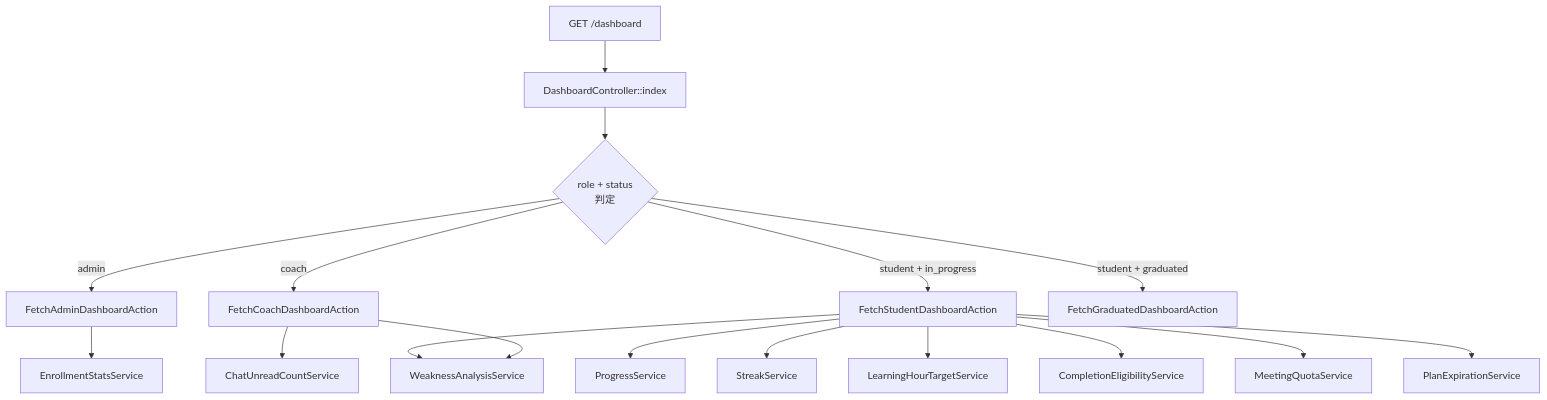
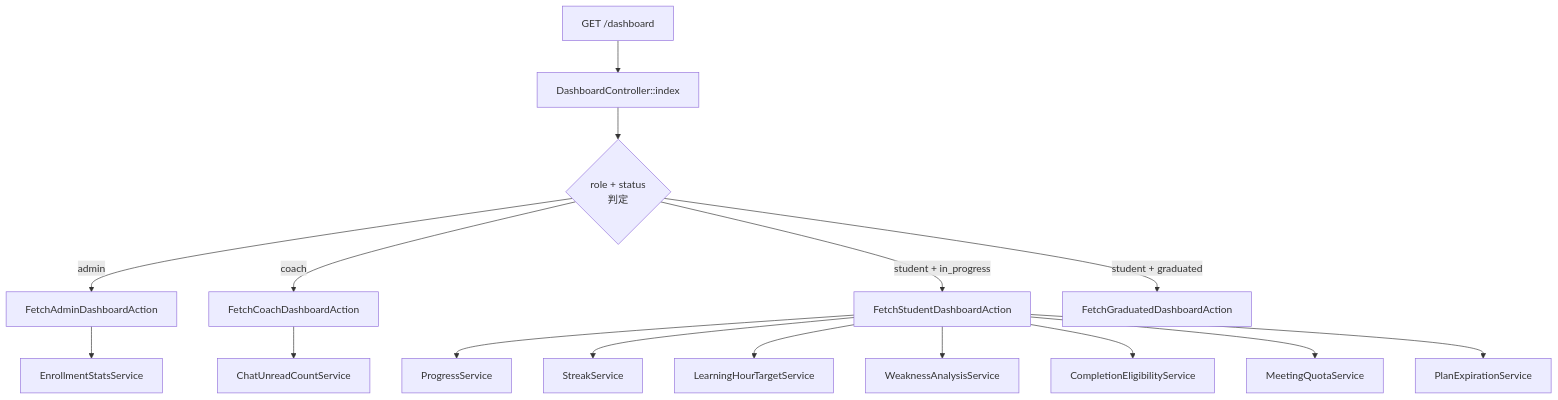
One commit to coachtech-mockcase-second/ExampleAnswer-mockcase-CertifyLMS changed the first of 3 diagrams in docs/specs/dashboard/design.md. Above: the diagram before and after it, drawn with Mermaid. The commit also changed other lines of this file and 249 other files, not shown here.

````diff
--- a/docs/specs/dashboard/design.md
+++ b/docs/specs/dashboard/design.md
@@ -17,22 +21,21 @@
 ```mermaid
 flowchart TB
     Request[GET /dashboard] --> Controller[DashboardController::index]
     Controller --> RoleCheck{role + status<br/>判定}
     RoleCheck -->|admin| FetchAdmin[FetchAdminDashboardAction]
     RoleCheck -->|coach| FetchCoach[FetchCoachDashboardAction]
     RoleCheck -->|student + in_progress| FetchStudent[FetchStudentDashboardAction]
     RoleCheck -->|student + graduated| FetchGraduated[FetchGraduatedDashboardAction]
 
     FetchStudent --> ProgressSvc[ProgressService]
     FetchStudent --> StreakSvc[StreakService]
     FetchStudent --> LearningHourSvc[LearningHourTargetService]
     FetchStudent --> WeaknessSvc[WeaknessAnalysisService]
     FetchStudent --> CompletionSvc[CompletionEligibilityService]
     FetchStudent --> MeetingQuotaSvc[MeetingQuotaService]
     FetchStudent --> PlanExpirationSvc[PlanExpirationService]
 
     FetchCoach --> ChatUnreadSvc[ChatUnreadCountService]
-    FetchCoach --> WeaknessSvc
 
     FetchAdmin --> EnrollmentStatsSvc[EnrollmentStatsService]
 ```
````
